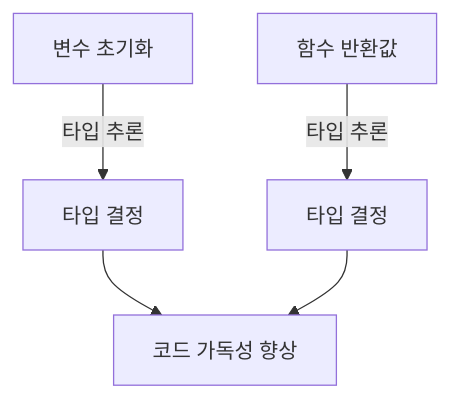
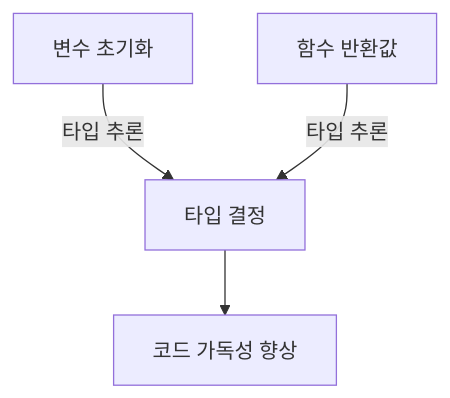
The seventh of 11 diagrams in content/post/2024/2024-08-26-typescript-inference/index.md (42jerrykim/42jerrykim.github.io), drawn with Mermaid before and after one commit. The commit also changed other lines of this file and 239 other files, not shown here.

````diff
--- a/content/post/2024/2024-08-26-typescript-inference/index.md
+++ b/content/post/2024/2024-08-26-typescript-inference/index.md
@@ -533,7 +456,6 @@
 ```mermaid
-graph TD;
-    A[변수 초기화] -->|타입 추론| B[타입 결정]
-    C[함수 반환값] -->|타입 추론| D[타입 결정]
-    B --> E[코드 가독성 향상]
-    D --> E
+graph TD
+    VarInitNode["변수 초기화"] -->|"타입 추론"| TypeDecide["타입 결정"]
+    FuncReturn["함수 반환값"] -->|"타입 추론"| TypeDecide
+    TypeDecide --> CodeReadability["코드 가독성 향상"]
 ```
````
